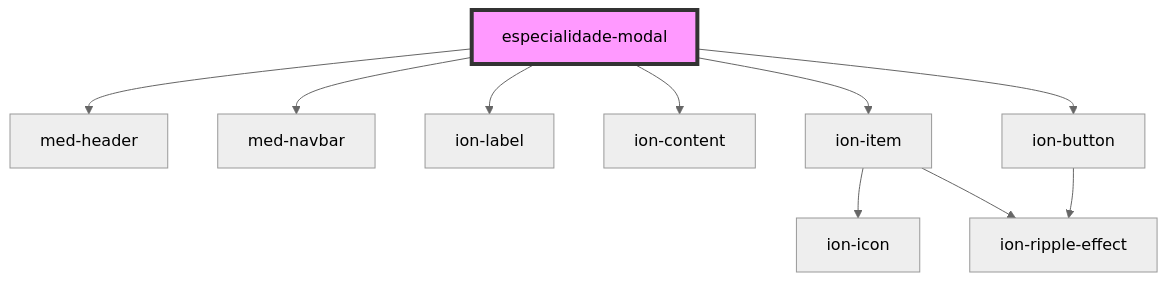
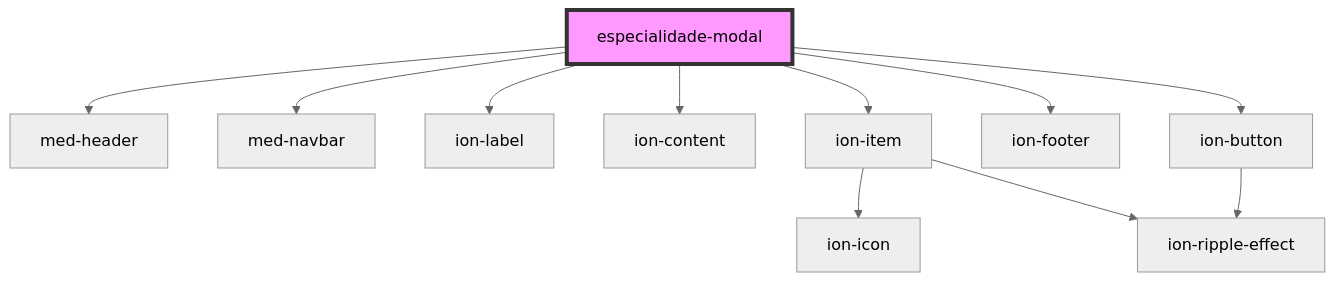
One commit to MEDGRUPOGIT/ionic-framework-1 changed the diagram in core/src/components/@templarios/ionic-1-migracao/simulados/especialidade-modal/readme.md. Above: the diagram before and after it, drawn with Mermaid (neutral theme). The commit also changed other lines of this file and 18 other files, not shown here.

Commit message:
Ajuste ion-footer

````diff
--- a/core/src/components/@templarios/ionic-1-migracao/simulados/especialidade-modal/readme.md
+++ b/core/src/components/@templarios/ionic-1-migracao/simulados/especialidade-modal/readme.md
@@ -20,13 +21,14 @@
 ```mermaid
 graph TD;
   especialidade-modal --> med-header
   especialidade-modal --> med-navbar
   especialidade-modal --> ion-label
   especialidade-modal --> ion-content
   especialidade-modal --> ion-item
+  especialidade-modal --> ion-footer
   especialidade-modal --> ion-button
   ion-item --> ion-icon
   ion-item --> ion-ripple-effect
   ion-button --> ion-ripple-effect
   style especialidade-modal fill:#f9f,stroke:#333,stroke-width:4px
 ```
````
